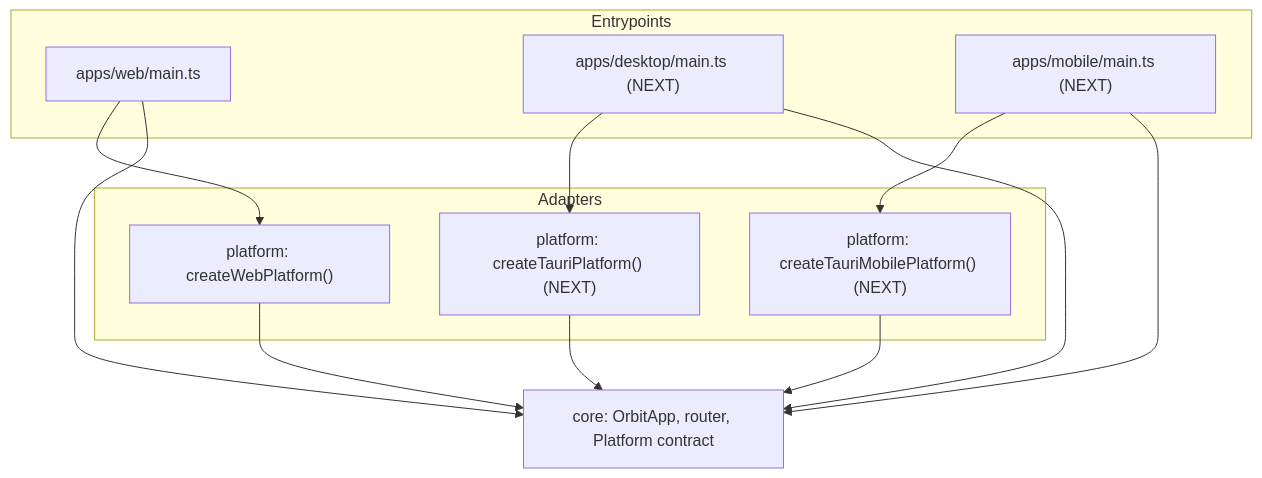
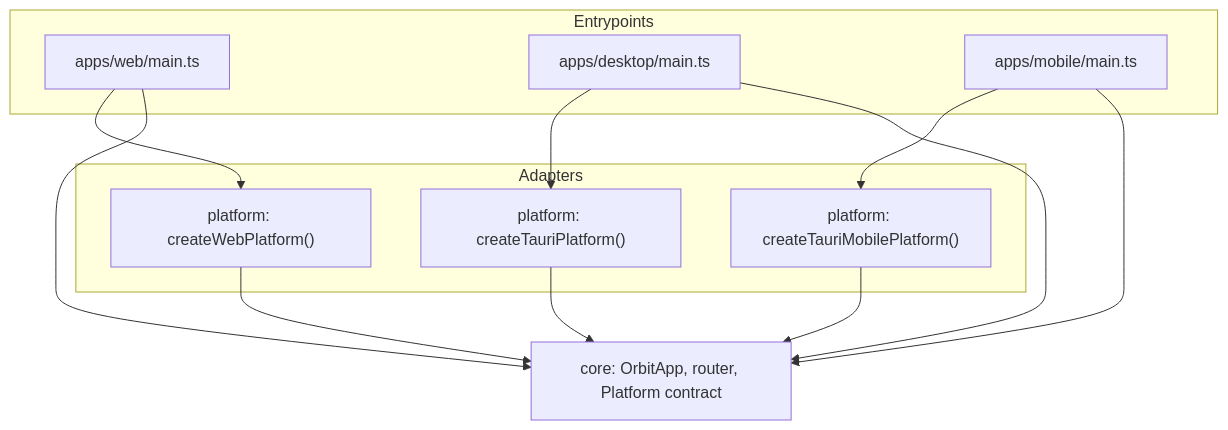
The first of 2 diagrams in spec/05-infrastructure/04-application-seams.md (hivecom/orbit-spec), drawn with Mermaid before and after one commit.

Commit message:
Remove (NEXT) tags in app seams diagram

````diff
--- a/spec/05-infrastructure/04-application-seams.md
+++ b/spec/05-infrastructure/04-application-seams.md
@@ -16,26 +16,26 @@
 ```mermaid
 graph TD
     subgraph Entrypoints
       web["apps/web/main.ts"]:::accent0
-      desktop["apps/desktop/main.ts (NEXT)"]:::accent0
-      mobile["apps/mobile/main.ts (NEXT)"]:::accent0
+      desktop["apps/desktop/main.ts"]:::accent0
+      mobile["apps/mobile/main.ts"]:::accent0
     end
 
     subgraph Adapters
       pweb["platform: createWebPlatform()"]:::accent1
-      ptauri["platform: createTauriPlatform() (NEXT)"]:::accent1
-      pmobile["platform: createTauriMobilePlatform() (NEXT)"]:::accent1
+      ptauri["platform: createTauriPlatform()"]:::accent1
+      pmobile["platform: createTauriMobilePlatform()"]:::accent1
     end
 
     core["core: OrbitApp, router, Platform contract"]:::accent2
 
     web --> pweb
     desktop --> ptauri
     mobile --> pmobile
     web --> core
     desktop --> core
     mobile --> core
     pweb --> core
     ptauri --> core
     pmobile --> core
 ```
````
